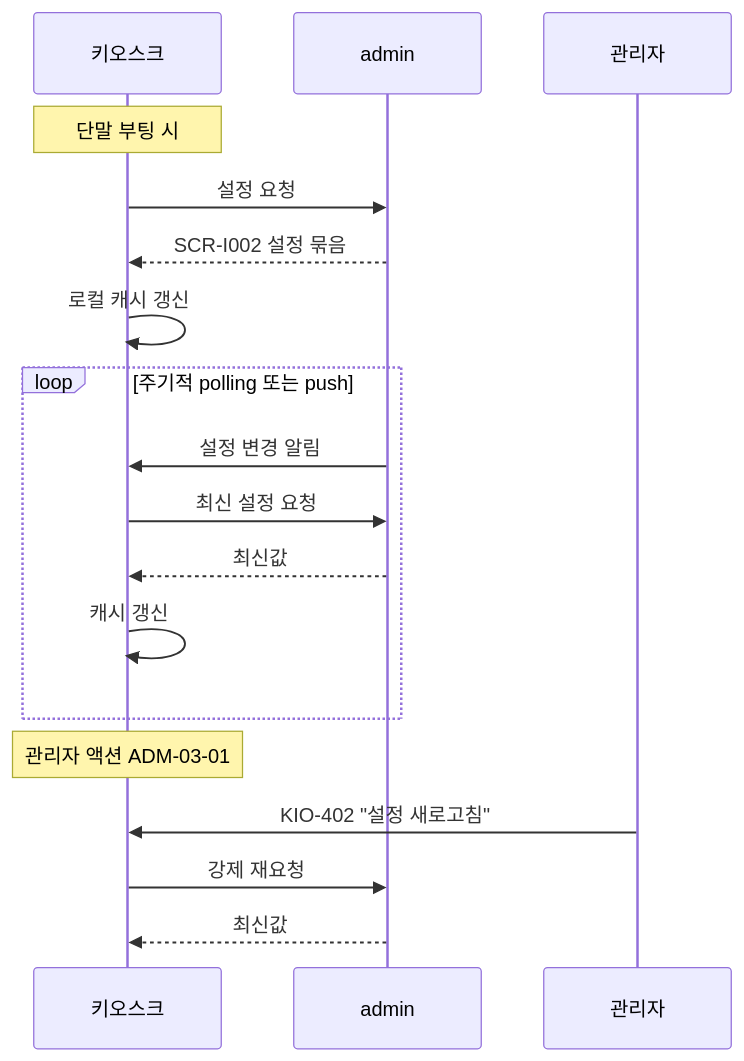
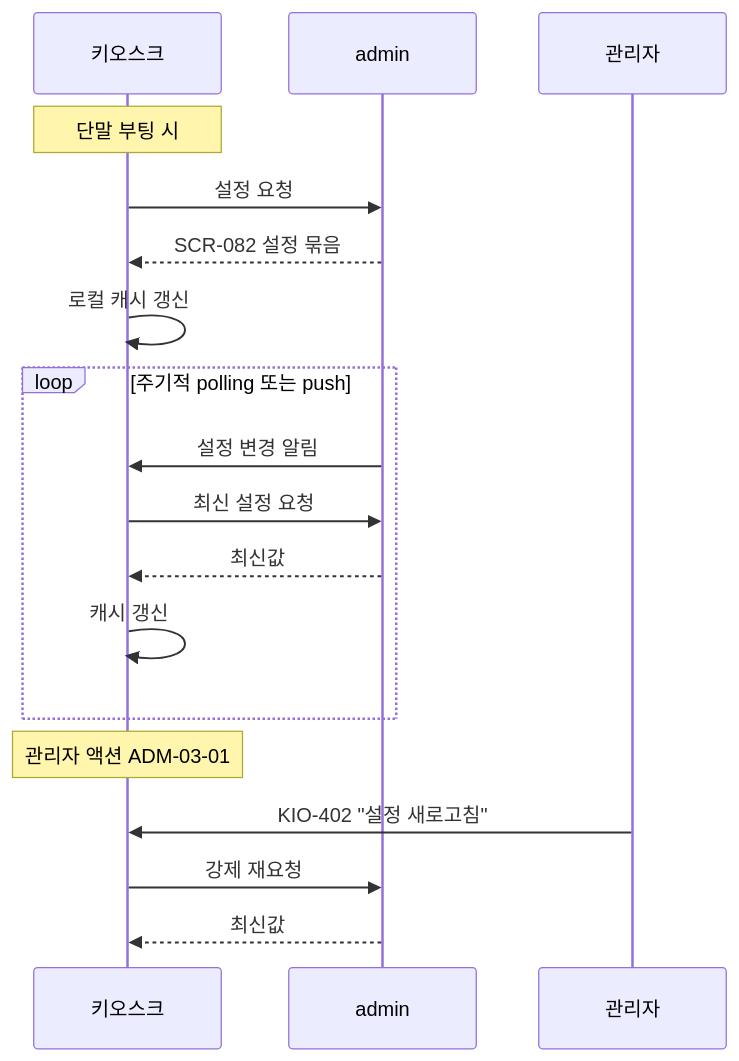
The fourth of 5 diagrams in docs/kiosk/다이어그램/40_자동화/40_자동복귀_자동배정.md (dev-spogym/admin-pando), drawn with Mermaid before and after one commit. The commit also changed other lines of this file and 31 other files, not shown here.

````diff
--- a/docs/kiosk/다이어그램/40_자동화/40_자동복귀_자동배정.md
+++ b/docs/kiosk/다이어그램/40_자동화/40_자동복귀_자동배정.md
@@ -69,22 +69,22 @@
 ```mermaid
 sequenceDiagram
     participant kiosk as 키오스크
     participant admin
 
     Note over kiosk: 단말 부팅 시
     kiosk->>admin: 설정 요청
-    admin-->>kiosk: SCR-I002 설정 묶음
+    admin-->>kiosk: SCR-082 설정 묶음
     kiosk->>kiosk: 로컬 캐시 갱신
 
     loop 주기적 polling 또는 push
         admin->>kiosk: 설정 변경 알림
         kiosk->>admin: 최신 설정 요청
         admin-->>kiosk: 최신값
         kiosk->>kiosk: 캐시 갱신
     end
 
     Note over kiosk: 관리자 액션 ADM-03-01
     관리자->>kiosk: KIO-402 "설정 새로고침"
     kiosk->>admin: 강제 재요청
     admin-->>kiosk: 최신값
 ```
````
